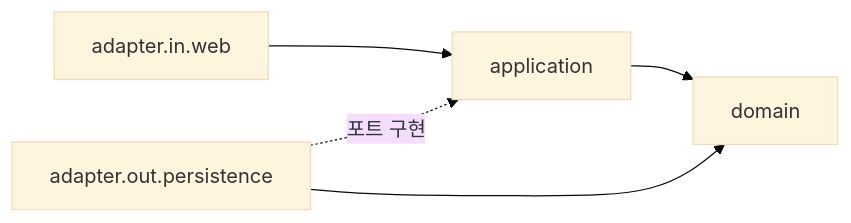
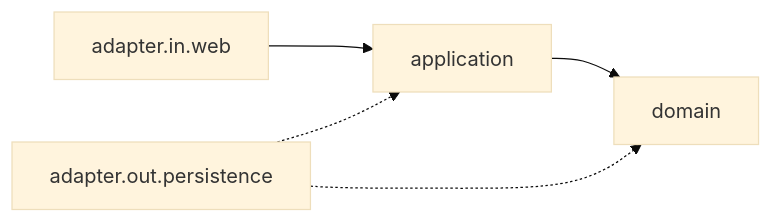
The first of 7 diagrams in docs/03-아키텍처와-요청-흐름.md (hrllk/settlement-api), drawn with Mermaid (base theme) before and after one commit. The commit also changed other lines of this file and 13 other files, not shown here.

````diff
--- a/docs/03-아키텍처와-요청-흐름.md
+++ b/docs/03-아키텍처와-요청-흐름.md
@@ -38,7 +38,6 @@
 ```mermaid
 flowchart LR
-    IN["adapter.in.web"] --> APP["application"]
-    APP --> DOM["domain"]
-    OUT["adapter.out.persistence"] -. "포트 구현" .-> APP
-    OUT --> DOM
+    IN["adapter.in.web"] --> APP["application"] --> DOM["domain"]
+    OUT["adapter.out.persistence"] -.-> APP
+    OUT -.-> DOM
 ```
````
